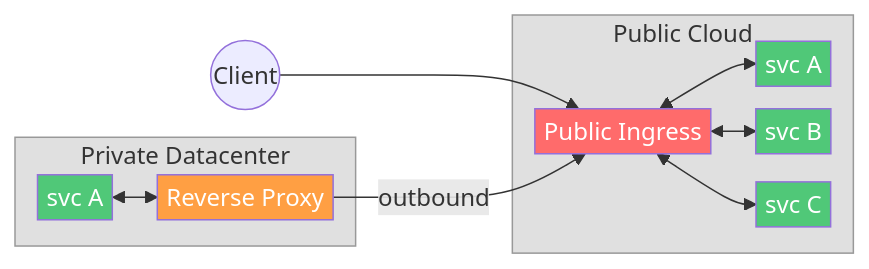
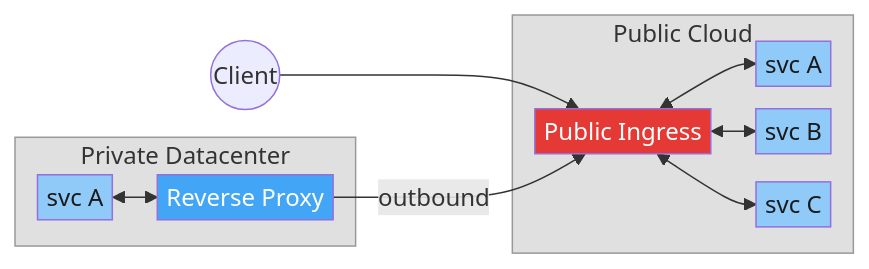
Before and after one commit to agntcy/blogs: the first of 7 diagrams in presentations/slim-multicluster-demo/slim-multicluster-demo.md, drawn with Mermaid. The commit also changed other lines of this file, not shown here.

````diff
--- a/presentations/slim-multicluster-demo/slim-multicluster-demo.md
+++ b/presentations/slim-multicluster-demo/slim-multicluster-demo.md
@@ -20,23 +20,23 @@
 ```mermaid
 %%{init: {'flowchart': {'nodeSpacing': 15, 'rankSpacing': 30, 'padding': 3}}}%%
 graph LR
     subgraph PRV["Private Datacenter"]
         S4[svc A] <--> RP[Reverse Proxy]
     end
     subgraph PUB["Public Cloud"]
         IG[Public Ingress]
         IG <--> S1[svc A]
         IG <--> S2[svc B]
         IG <--> S3[svc C]
     end
     C((Client)) --> IG
     RP -- "outbound" --> IG
-    style IG fill:#FF6B6B,color:#fff
-    style RP fill:#FF9F43,color:#fff
+    style IG fill:#E53935,color:#fff
+    style RP fill:#42A5F5,color:#fff
     style PUB fill:#e0e0e0,stroke:#999,color:#333
     style PRV fill:#e0e0e0,stroke:#999,color:#333
-    style S1 fill:#50C878,color:#fff
-    style S2 fill:#50C878,color:#fff
-    style S3 fill:#50C878,color:#fff
-    style S4 fill:#50C878,color:#fff
+    style S1 fill:#90CAF9,color:#1a1a1a
+    style S2 fill:#90CAF9,color:#1a1a1a
+    style S3 fill:#90CAF9,color:#1a1a1a
+    style S4 fill:#90CAF9,color:#1a1a1a
 ```
````
